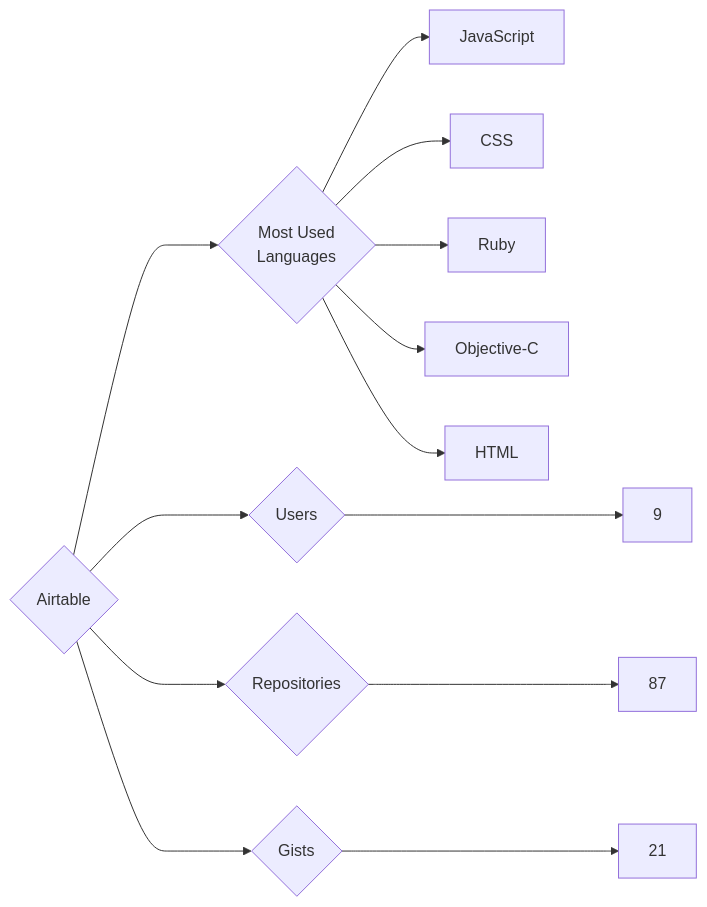
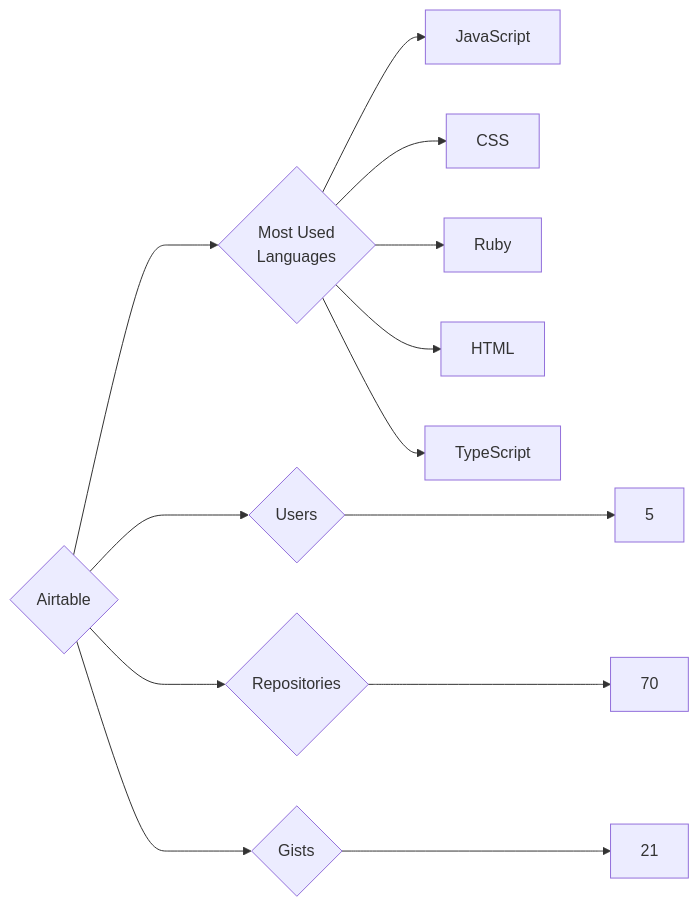
One commit to trickest/insiders changed the diagram in targets/Airtable/README.md. Above: the diagram before and after it, drawn with Mermaid. The commit also changed 865 other files, not shown here.

````diff
--- a/targets/Airtable/README.md
+++ b/targets/Airtable/README.md
@@ -3,13 +3,13 @@
 ```mermaid
 graph LR
 COMPANY_NAME{Airtable}
-COMPANY_NAME ---> U{Users} ---> UN[9]
-COMPANY_NAME ---> R{Repositories} ---> RN[87]
+COMPANY_NAME ---> U{Users} ---> UN[5]
+COMPANY_NAME ---> R{Repositories} ---> RN[70]
 COMPANY_NAME ---> G{Gists} ---> GN[21]
 COMPANY_NAME ---> ML{Most Used<br>Languages}
 ML --> JavaScript[JavaScript]
 ML --> CSS[CSS]
 ML --> Ruby[Ruby]
-ML --> Objective-C[Objective-C]
 ML --> HTML[HTML]
+ML --> TypeScript[TypeScript]
 ```
````
